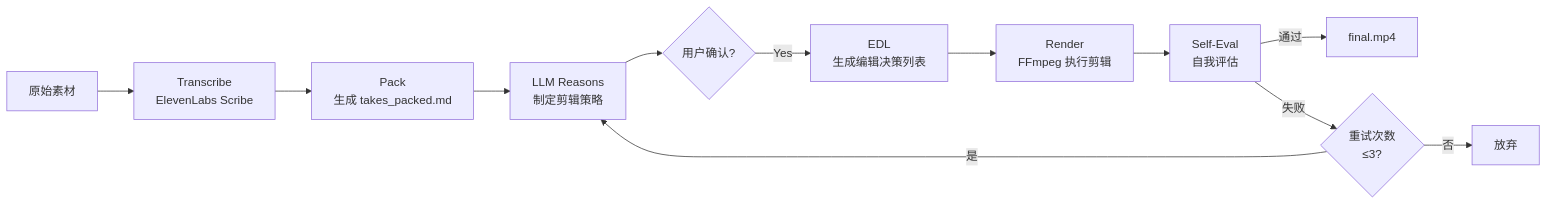
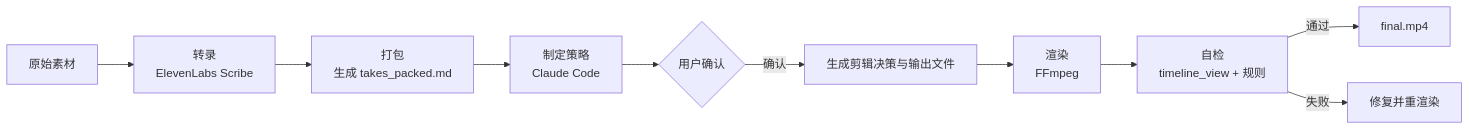
The diagram in content/posts/tech/video-use-edit-videos-with-claude-code.md (A1pha3/text-matrix), drawn with Mermaid before and after one commit. The commit also changed other lines of this file and 1 other file, not shown here.

````diff
--- a/content/posts/tech/video-use-edit-videos-with-claude-code.md
+++ b/content/posts/tech/video-use-edit-videos-with-claude-code.md
@@ -109,14 +156,12 @@
 ```mermaid
 graph LR
-    A[原始素材] --> B[Transcribe<br/>ElevenLabs Scribe]
-    B --> C[Pack<br/>生成 takes_packed.md]
-    C --> D[LLM Reasons<br/>制定剪辑策略]
-    D --> E{用户确认?}
-    E -->|Yes| F[EDL<br/>生成编辑决策列表]
-    F --> G[Render<br/>FFmpeg 执行剪辑]
-    G --> H[Self-Eval<br/>自我评估]
+    A[原始素材] --> B[转录<br/>ElevenLabs Scribe]
+    B --> C[打包<br/>生成 takes_packed.md]
+    C --> D[制定策略<br/>Claude Code]
+    D --> E{用户确认}
+    E -->|确认| F[生成剪辑决策与输出文件]
+    F --> G[渲染<br/>FFmpeg]
+    G --> H[自检<br/>timeline_view + 规则]
     H -->|通过| I[final.mp4]
-    H -->|失败| J{重试次数<br/>≤3?}
-    J -->|是| D
-    J -->|否| K[放弃]
+    H -->|失败| J[修复并重渲染]
 ```
````
